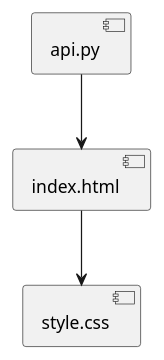
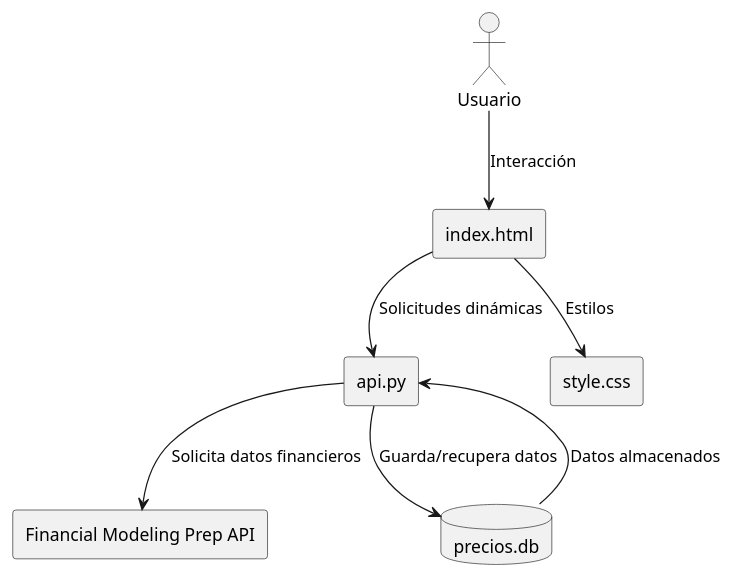
The diagram in dc.puml (eliz121/stock-manager), drawn with PlantUML before and after one commit. The commit also changed other lines of this file and 4 other files, not shown here.

Commit message:
update index, styles, dc, mt

```diff
--- a/dc.puml
+++ b/dc.puml
@@ -1,8 +1,18 @@
-@startuml diagramName
-component "api.py" as Backend
-component "index.html" as Template
-component "style.css" as Styles
+@startuml stock-manager-diagram
+skinparam componentStyle rectangle
 
-Backend --> Template
-Template --> Styles
+actor "Usuario" as User
+
+component "api.py" as API
+component "index.html" as HTML
+component "style.css" as CSS
+component "Financial Modeling Prep API" as FMPAPI
+database "precios.db" as DB
+
+User --> HTML : Interacción
+HTML --> API : Solicitudes dinámicas
+HTML --> CSS : Estilos
+API --> FMPAPI : Solicita datos financieros
+API --> DB : Guarda/recupera datos
+DB --> API : Datos almacenados
 @enduml
```
